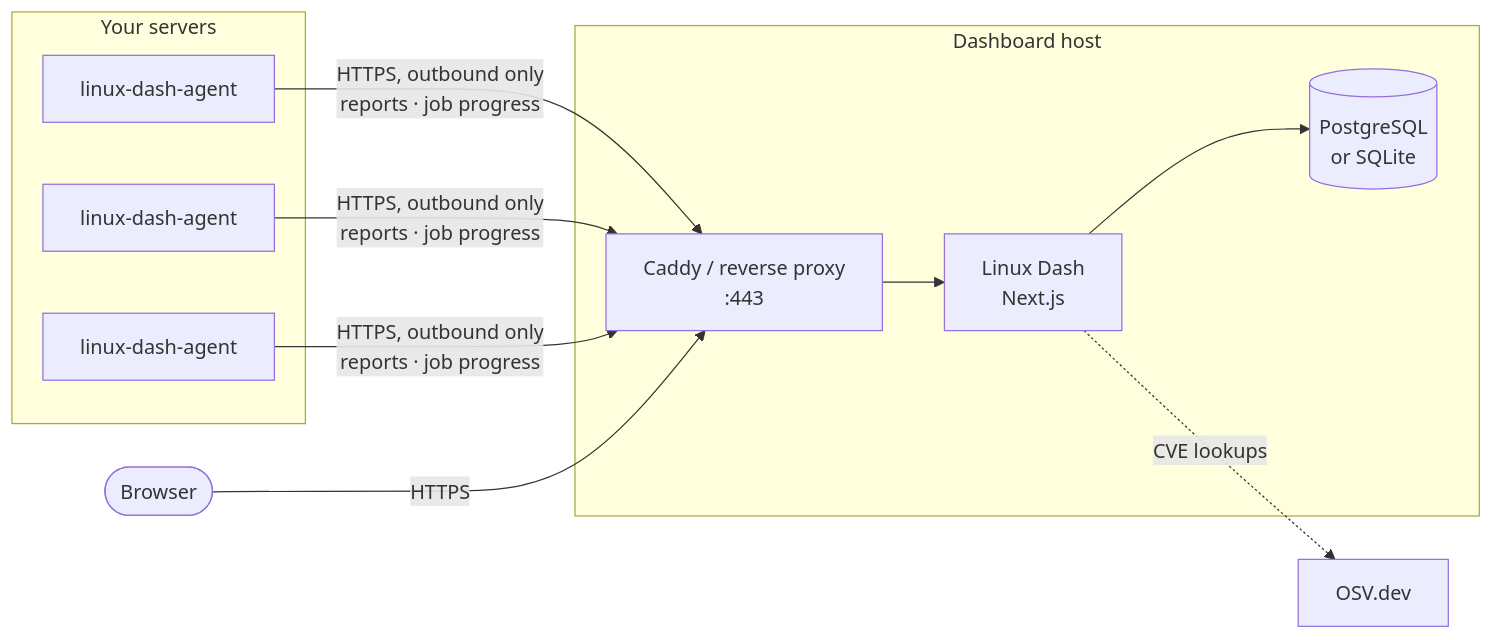
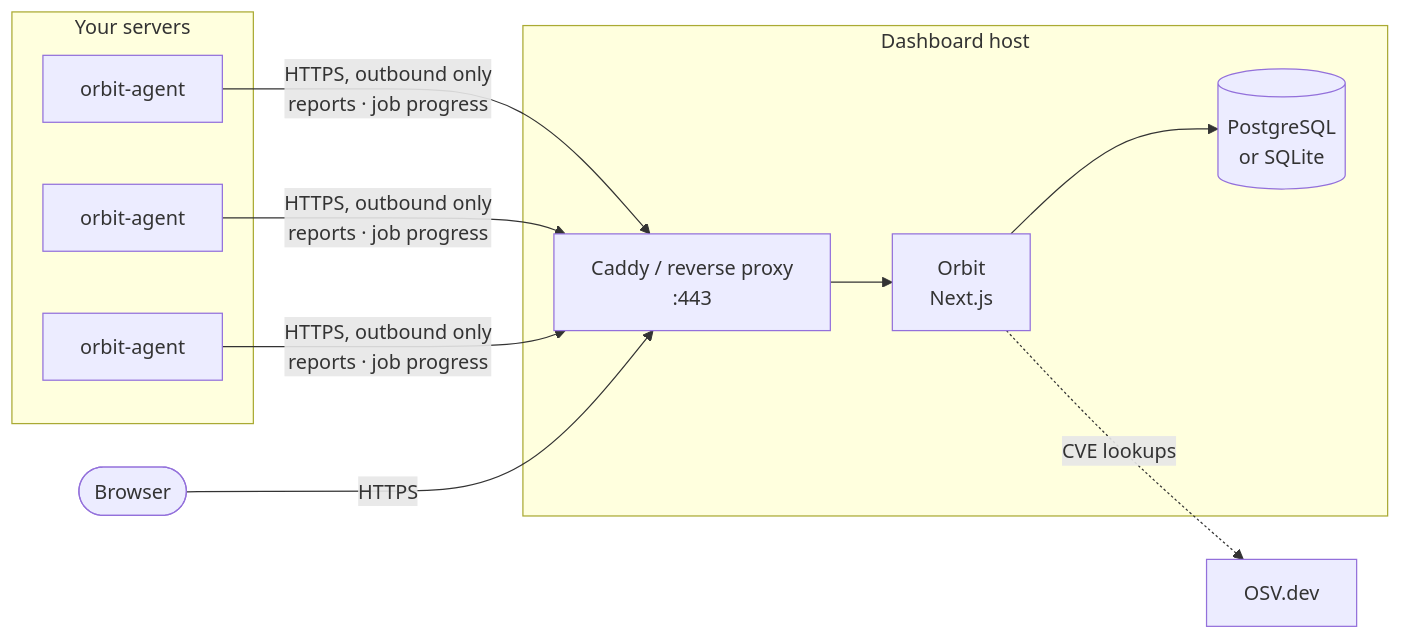
One commit to Orbit-Auto-Updater/orbit-dashboard changed the diagram in README.md. Above: the diagram before and after it, drawn with Mermaid. The commit also changed other lines of this file and 38 other files, not shown here.

````diff
--- a/README.md
+++ b/README.md
@@ -147,21 +147,21 @@
 ```mermaid
 flowchart LR
     subgraph fleet["Your servers"]
-        A1["linux-dash-agent"]
-        A2["linux-dash-agent"]
-        A3["linux-dash-agent"]
+        A1["orbit-agent"]
+        A2["orbit-agent"]
+        A3["orbit-agent"]
     end
     subgraph dash["Dashboard host"]
         P["Caddy / reverse proxy<br/>:443"]
-        D["Linux Dash<br/>Next.js"]
+        D["Orbit<br/>Next.js"]
         DB[("PostgreSQL<br/>or SQLite")]
     end
     U(["Browser"])
     OSV["OSV.dev"]
 
     A1 & A2 & A3 -- "HTTPS, outbound only<br/>reports · job progress" --> P
     U -- HTTPS --> P
     P --> D
     D --> DB
     D -. "CVE lookups" .-> OSV
 ```
````
